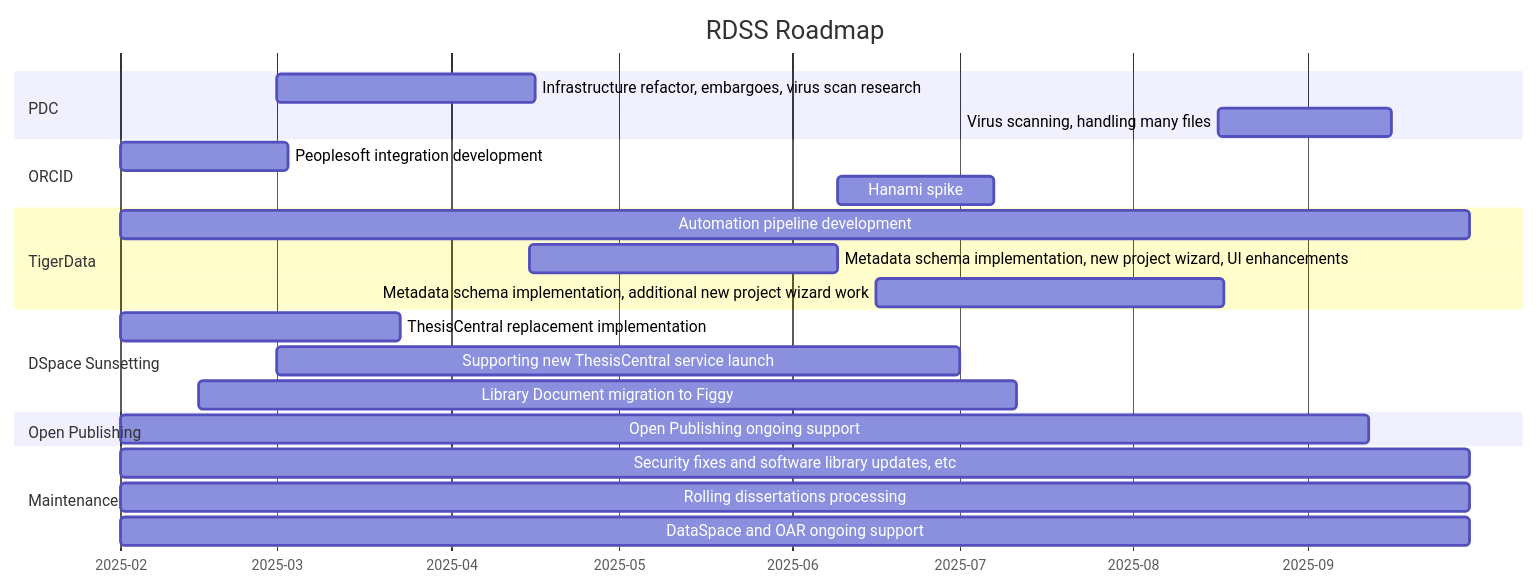
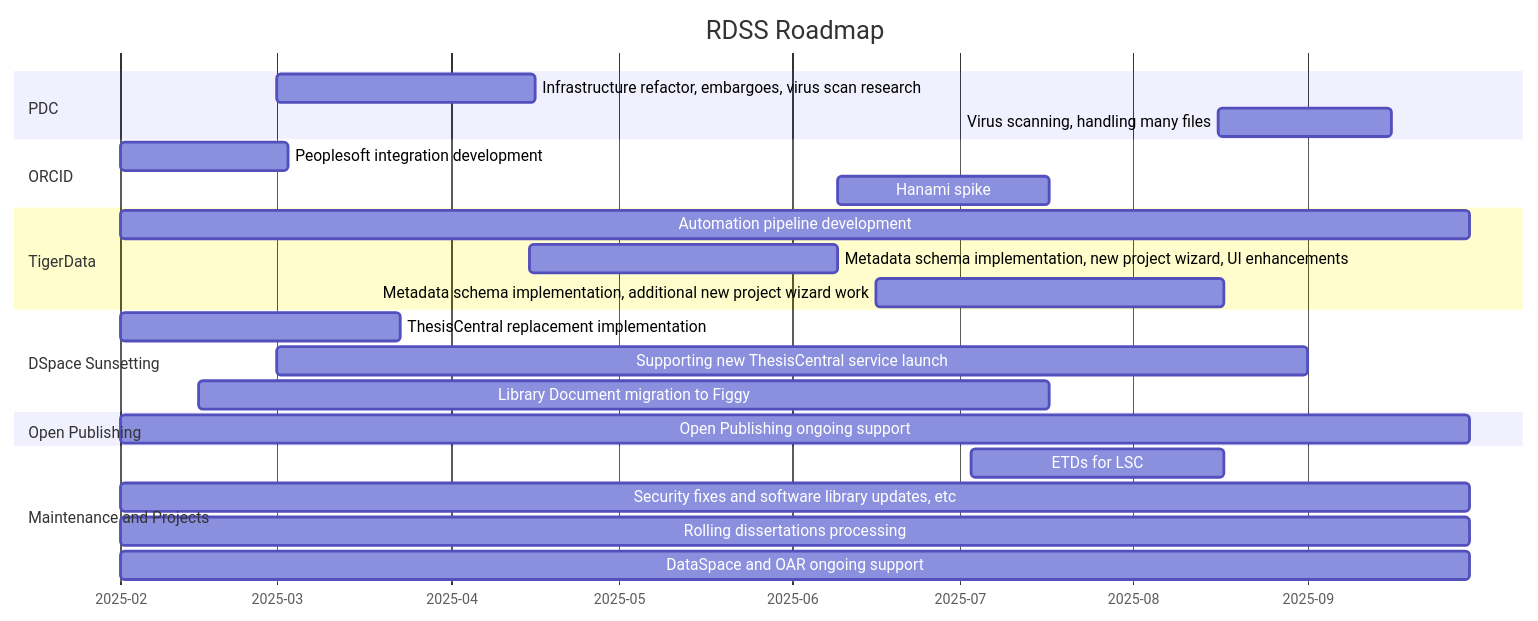
The diagram in roadmap.md (pulibrary/rdss-handbook), drawn with Mermaid before and after one commit.

Commit message:
Roadmap updates for July

````diff
--- a/roadmap.md
+++ b/roadmap.md
@@ -5,26 +5,27 @@
 ```mermaid
 gantt
     title RDSS Roadmap
     axisFormat  %Y-%m
     dateformat YYYY-MM
     section PDC
     Infrastructure refactor, embargoes, virus scan research: pd3, 2025-03-01, 46d
     Virus scanning, handling many files: pd5, 2025-08-16, 31d
     section ORCID
     Peoplesoft integration development: or1,2025-02-01,30d
-    Hanami spike: 2025-06-09, 28d
+    Hanami spike: 2025-06-09, 38d
     section TigerData
     Automation pipeline development: td3,2025-02-01,241d 
     Metadata schema implementation, new project wizard, UI enhancements: td4, 2025-04-15,55d
     Metadata schema implementation, additional new project wizard work: td5, 2025-06-16,62d
     section DSpace Sunsetting
     ThesisCentral replacement implementation: dsps1,2025-02-01,50d
-    Supporting new ThesisCentral service launch: dsps2,2025-03-01,122d
-    Library Document migration to Figgy: dsps3,2025-02-15,146d
+    Supporting new ThesisCentral service launch: dsps2,2025-03-01,184d
+    Library Document migration to Figgy: dsps3,2025-02-15,152d
     section Open Publishing
-    Open Publishing ongoing support: dsp3,2025-02-01,223d
-    section Maintenance
+    Open Publishing ongoing support: dsp3,2025-02-01,241d
+    section Maintenance and Projects
+    ETDs for LSC: 2025-07-03,45d
     Security fixes and software library updates, etc: dsp1,2025-02-01,241d
     Rolling dissertations processing: dsp2,2025-02-01,241d
     DataSpace and OAR ongoing support: dsp3,2025-02-01,241d
 ```
````
